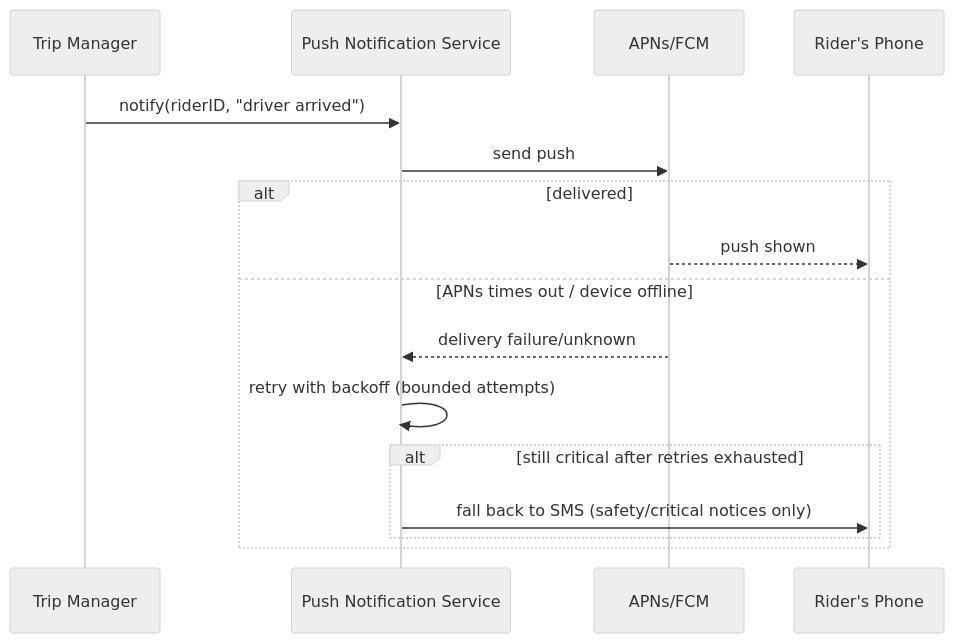
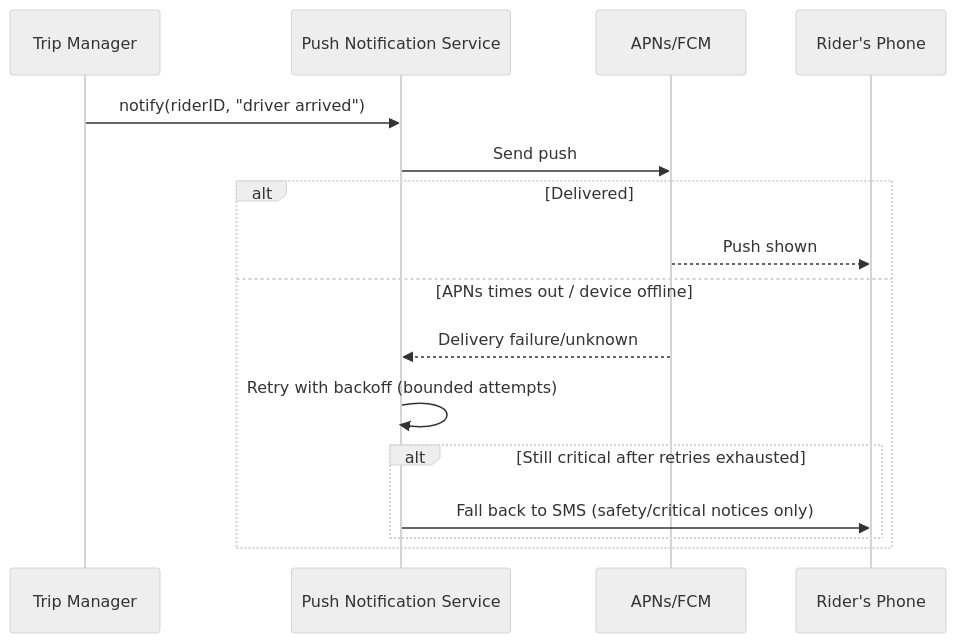
Diagram 12 of 25 in system-design/HLD/0-course/30-Design Uber-FAANG-Guide.md (riyaz-pasha/Learnings), drawn with Mermaid (neutral theme) before and after one commit. The commit also changed other lines of this file and 1 other file, not shown here.

First line of the commit message:
[REWRITE] Design Uber guides: simplify prose, add structure, fix dark-theme diagrams

````diff
--- a/system-design/HLD/0-course/30-Design Uber-FAANG-Guide.md
+++ b/system-design/HLD/0-course/30-Design Uber-FAANG-Guide.md
@@ -604,19 +658,19 @@
 ```mermaid
 sequenceDiagram
     participant TM as Trip Manager
     participant PN as Push Notification Service
     participant APNs as APNs/FCM
     participant Phone as Rider's Phone
 
     TM->>PN: notify(riderID, "driver arrived")
-    PN->>APNs: send push
-    alt delivered
-        APNs-->>Phone: push shown
+    PN->>APNs: Send push
+    alt Delivered
+        APNs-->>Phone: Push shown
     else APNs times out / device offline
-        APNs-->>PN: delivery failure/unknown
-        PN->>PN: retry with backoff (bounded attempts)
-        alt still critical after retries exhausted
-            PN->>Phone: fall back to SMS (safety/critical notices only)
+        APNs-->>PN: Delivery failure/unknown
+        PN->>PN: Retry with backoff (bounded attempts)
+        alt Still critical after retries exhausted
+            PN->>Phone: Fall back to SMS (safety/critical notices only)
         end
     end
 ```
````
